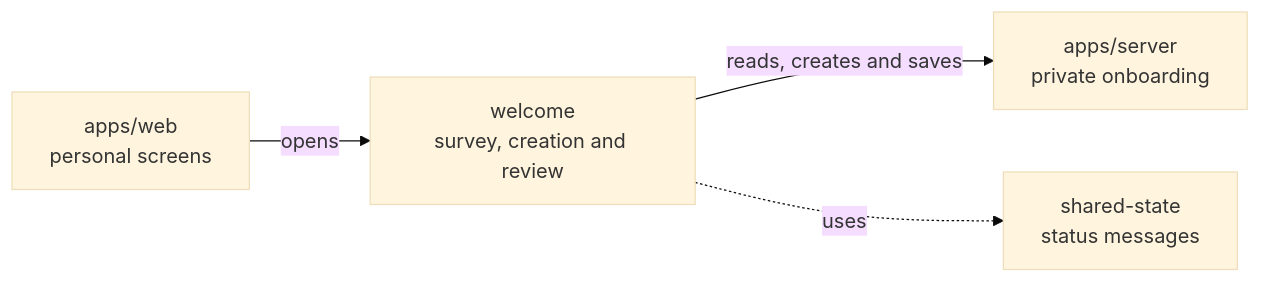
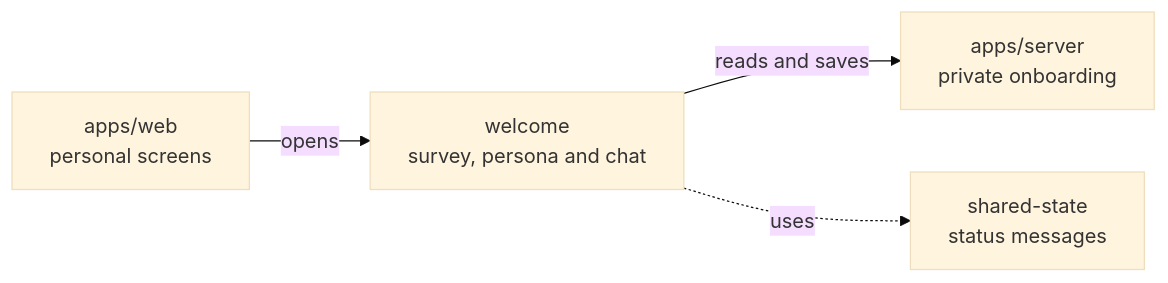
Before and after one commit to elewa-git/opencrane-new: the diagram in apps/web/src/app/welcome/README.md, drawn with Mermaid (base theme). The commit also changed other lines of this file and 26 other files, not shown here.

Commit message:
💬 Add saved welcome chat and read-only completion

````diff
--- a/apps/web/src/app/welcome/README.md
+++ b/apps/web/src/app/welcome/README.md
@@ -13,6 +14,6 @@
 ```mermaid
 flowchart LR
-  web["apps/web<br/>personal screens"] -->|opens| welcome["welcome<br/>survey, creation and review"]
-  welcome -->|reads, creates and saves| server["apps/server<br/>private onboarding"]
+  web["apps/web<br/>personal screens"] -->|opens| welcome["welcome<br/>survey, persona and chat"]
+  welcome -->|reads and saves| server["apps/server<br/>private onboarding"]
   welcome -.->|uses| state["shared-state<br/>status messages"]
 ```
````
